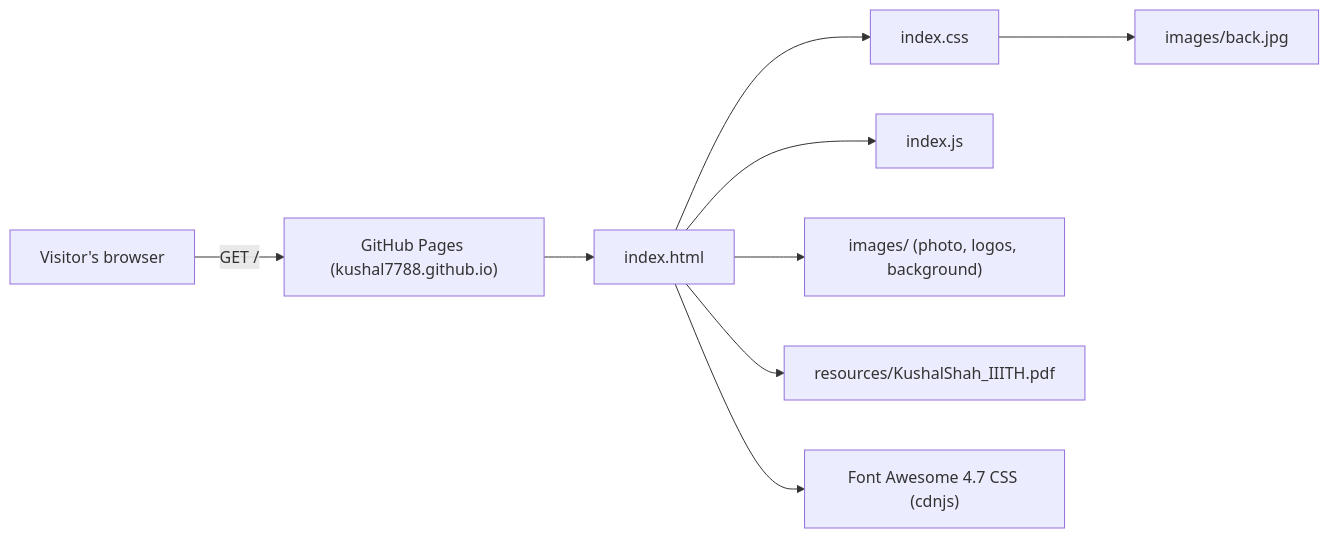
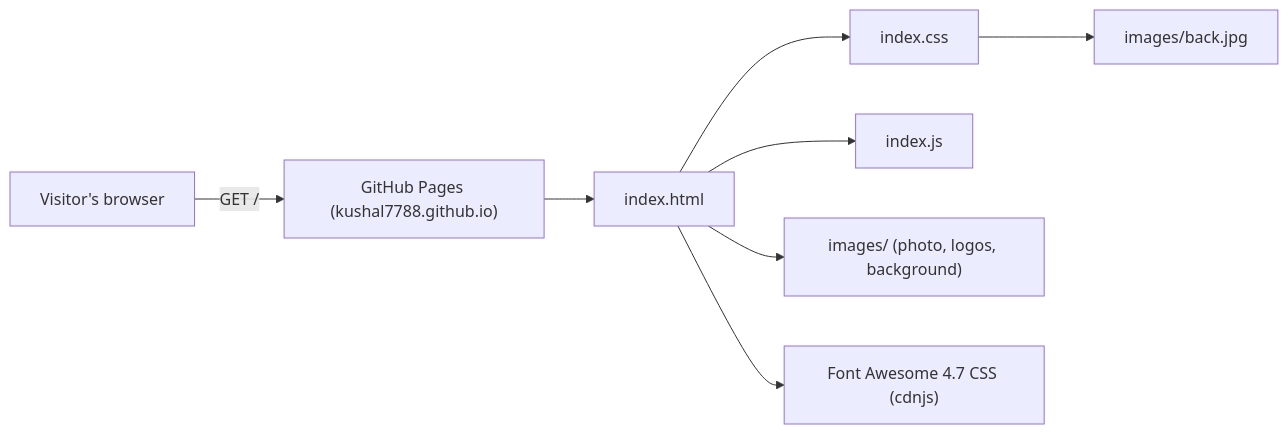
Before and after one commit to Kushal7788/Kushal7788.github.io: the diagram in README.md, drawn with Mermaid. The commit also changed other lines of this file and 2 other files, not shown here.

````diff
--- a/README.md
+++ b/README.md
@@ -31,11 +30,10 @@
 ```mermaid
 flowchart LR
     Browser["Visitor's browser"] -->|"GET /"| Pages["GitHub Pages (kushal7788.github.io)"]
     Pages --> HTML["index.html"]
     HTML --> CSS["index.css"]
     HTML --> JS["index.js"]
     HTML --> IMG["images/ (photo, logos, background)"]
-    HTML --> PDF["resources/KushalShah_IIITH.pdf"]
     HTML --> FA["Font Awesome 4.7 CSS (cdnjs)"]
     CSS --> BG["images/back.jpg"]
 ```
````
